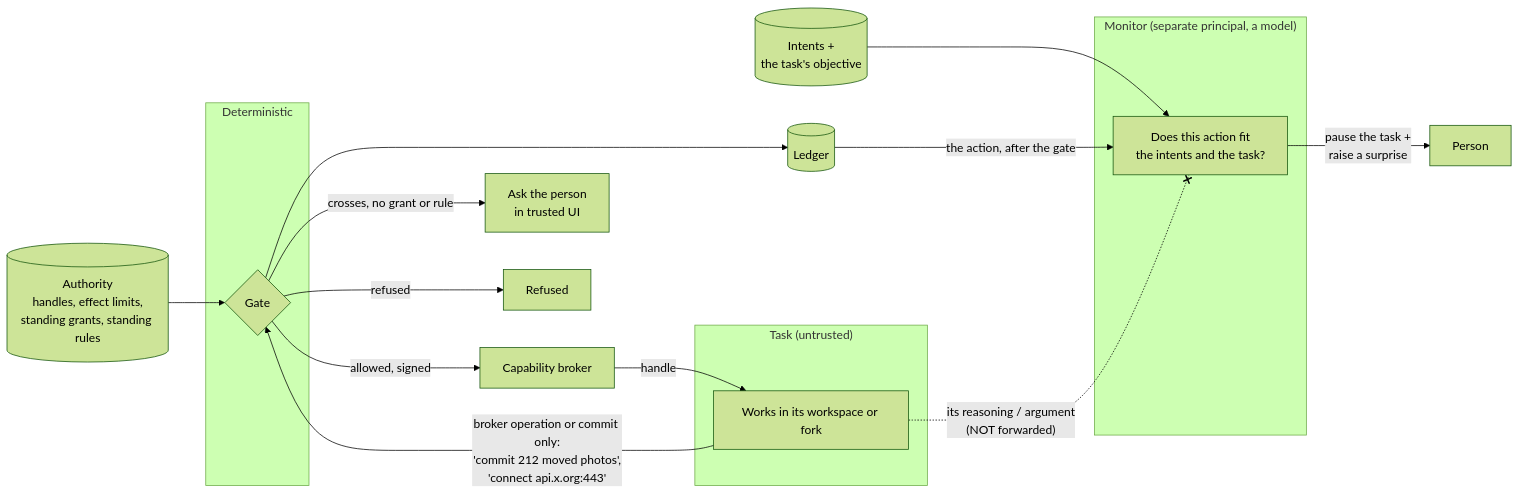
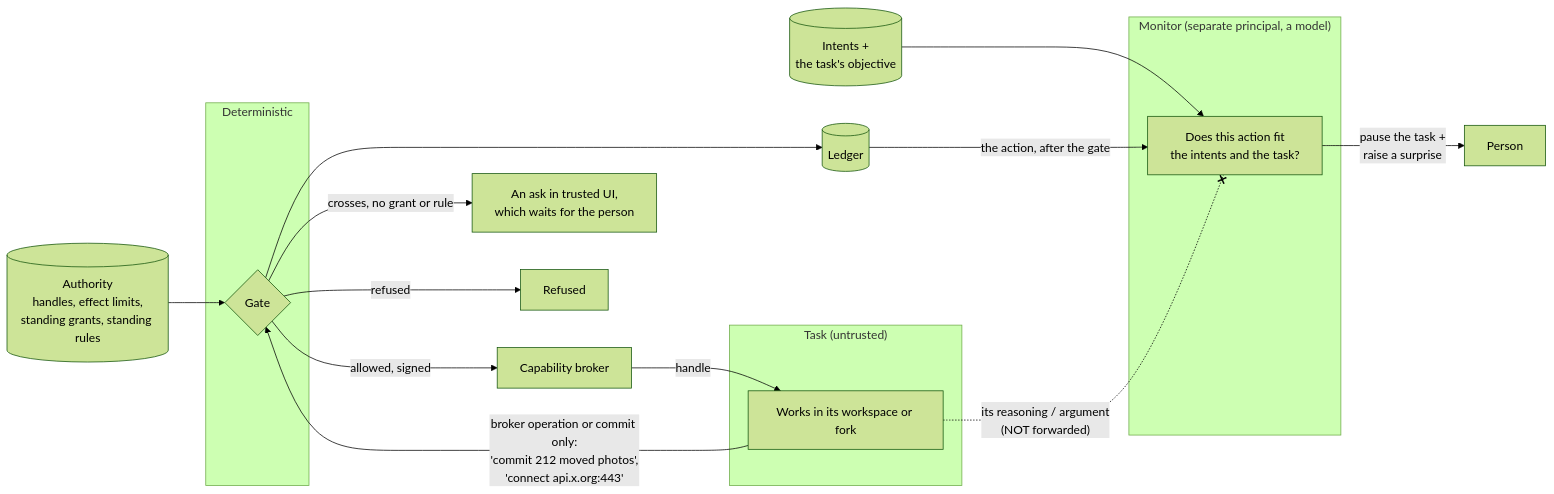
One commit to crowbaros/crowbaros changed the second of 4 diagrams in docs/architecture/gate-monitor-and-autonomy.md. Above: the diagram before and after it, drawn with Mermaid (forest theme). The commit also changed other lines of this file and 25 other files, not shown here.

````diff
--- a/docs/architecture/gate-monitor-and-autonomy.md
+++ b/docs/architecture/gate-monitor-and-autonomy.md
@@ -342,23 +471,23 @@
 ```mermaid
 flowchart LR
     AUTH[("Authority<br/>handles, effect limits,<br/>standing grants, standing rules")] --> G
     subgraph TK["Task (untrusted)"]
         M[Works in its workspace or fork]
     end
     M -->|"broker operation or commit only:<br/>'commit 212 moved photos',<br/>'connect api.x.org:443'"| G
     subgraph DET["Deterministic"]
         G{"Gate"}
     end
     G -->|allowed, signed| BR[Capability broker]
     BR -->|handle| M
-    G -->|"crosses, no grant or rule"| ASK["Ask the person<br/>in trusted UI"]
+    G -->|"crosses, no grant or rule"| ASK["An ask in trusted UI,<br/>which waits for the person"]
     G -->|refused| X[Refused]
     G --> LED[(Ledger)]
     I[("Intents +<br/>the task's objective")] --> MON
     LED -->|"the action, after the gate"| MON
     M -. "its reasoning / argument<br/>(NOT forwarded)" .-x MON
     subgraph ISO["Monitor (separate principal, a model)"]
         MON["Does this action fit<br/>the intents and the task?"]
     end
     MON -->|"pause the task +<br/>raise a surprise"| P[Person]
 ```
````
